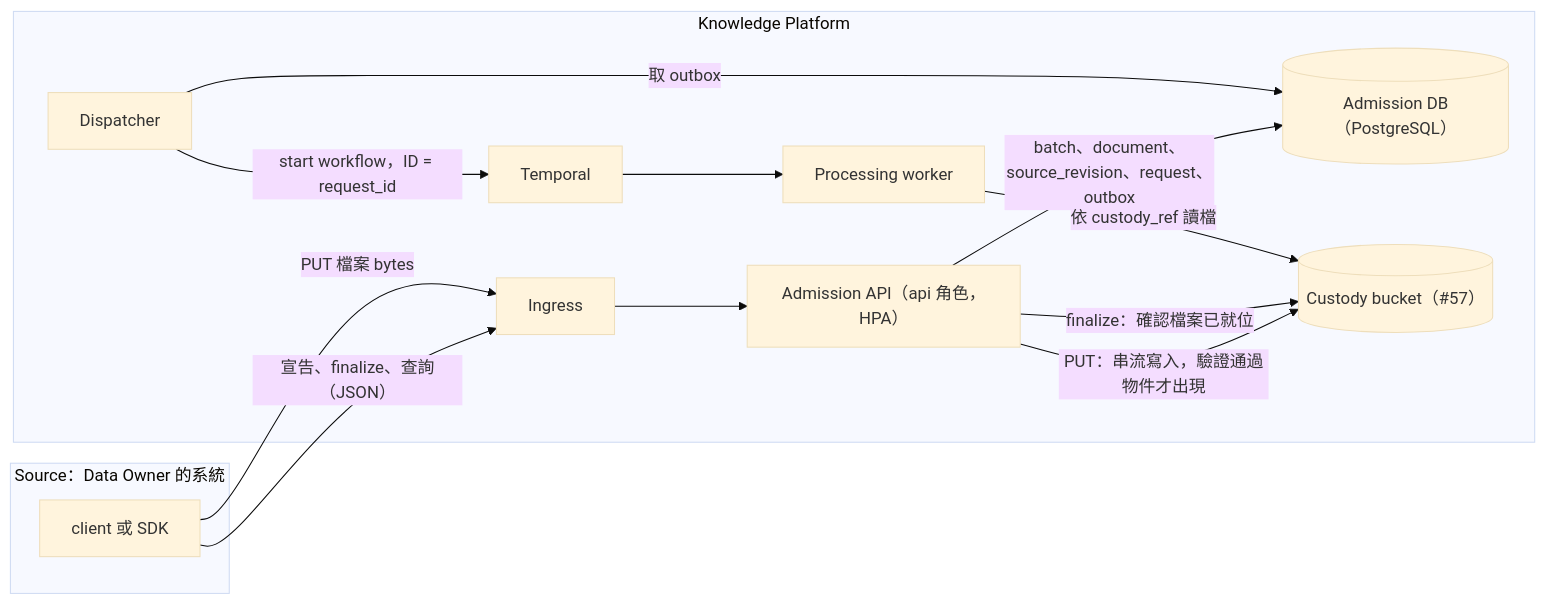
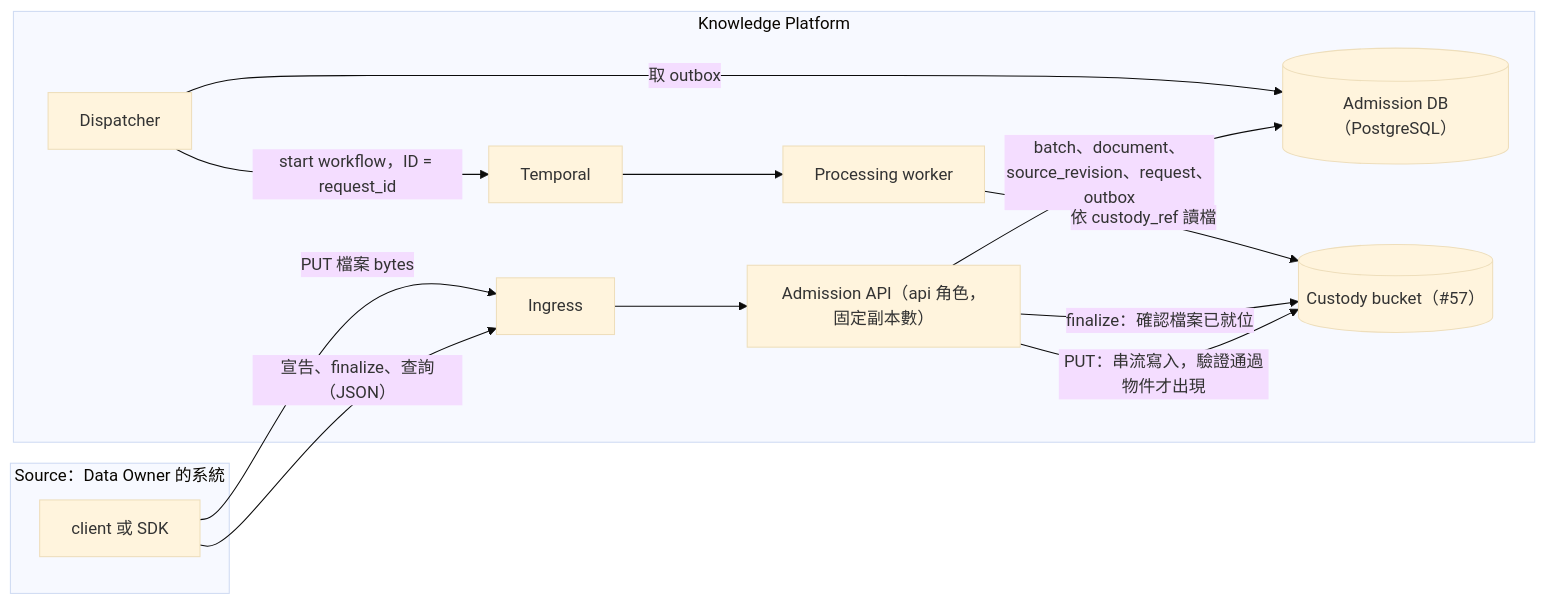
Before and after one commit to davidlinnnn/data-ingestion: the first of 2 diagrams in docs/design/knowledge-platform-file-upload.md, drawn with Mermaid (base theme). The commit also changed other lines of this file and 24 other files, not shown here.

````diff
--- a/docs/design/knowledge-platform-file-upload.md
+++ b/docs/design/knowledge-platform-file-upload.md
@@ -108,25 +108,25 @@
 ```mermaid
 flowchart LR
   subgraph source["Source：Data Owner 的系統"]
     C["client 或 SDK"]
   end
   subgraph platform["Knowledge Platform"]
     I["Ingress"]
-    A["Admission API（api 角色，HPA）"]
+    A["Admission API（api 角色，固定副本數）"]
     DB[("Admission DB（PostgreSQL）")]
     CU[("Custody bucket（#57）")]
     D["Dispatcher"]
     T["Temporal"]
     W["Processing worker"]
   end
   C -- "宣告、finalize、查詢（JSON）" --> I
   C -- "PUT 檔案 bytes" --> I
   I --> A
   A -- "PUT：串流寫入，驗證通過物件才出現" --> CU
   A -- "batch、document、source_revision、request、outbox" --> DB
   A -- "finalize：確認檔案已就位" --> CU
   D -- "取 outbox" --> DB
   D -- "start workflow，ID = request_id" --> T
   T --> W
   W -- "依 custody_ref 讀檔" --> CU
 ```
````
